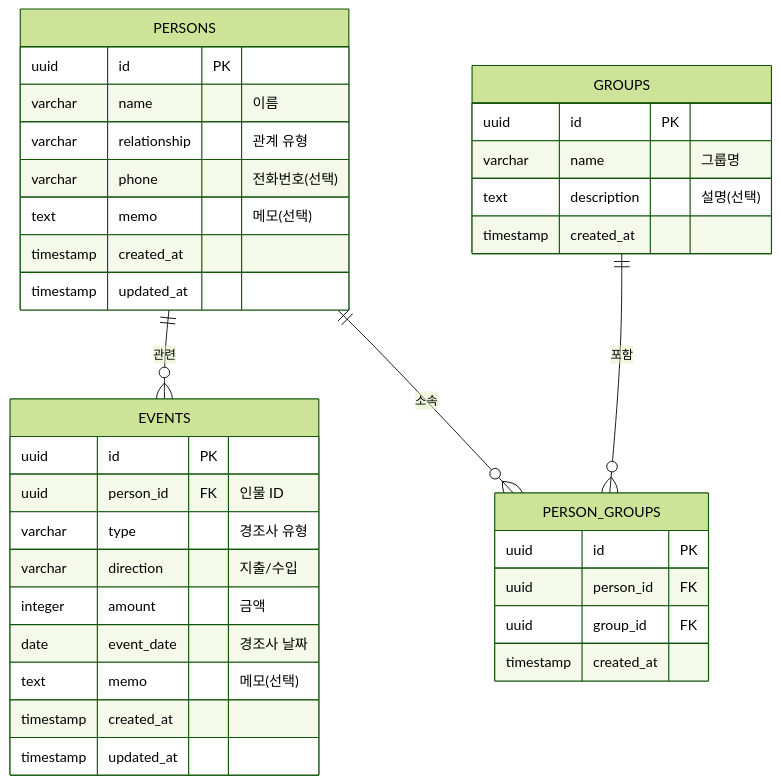
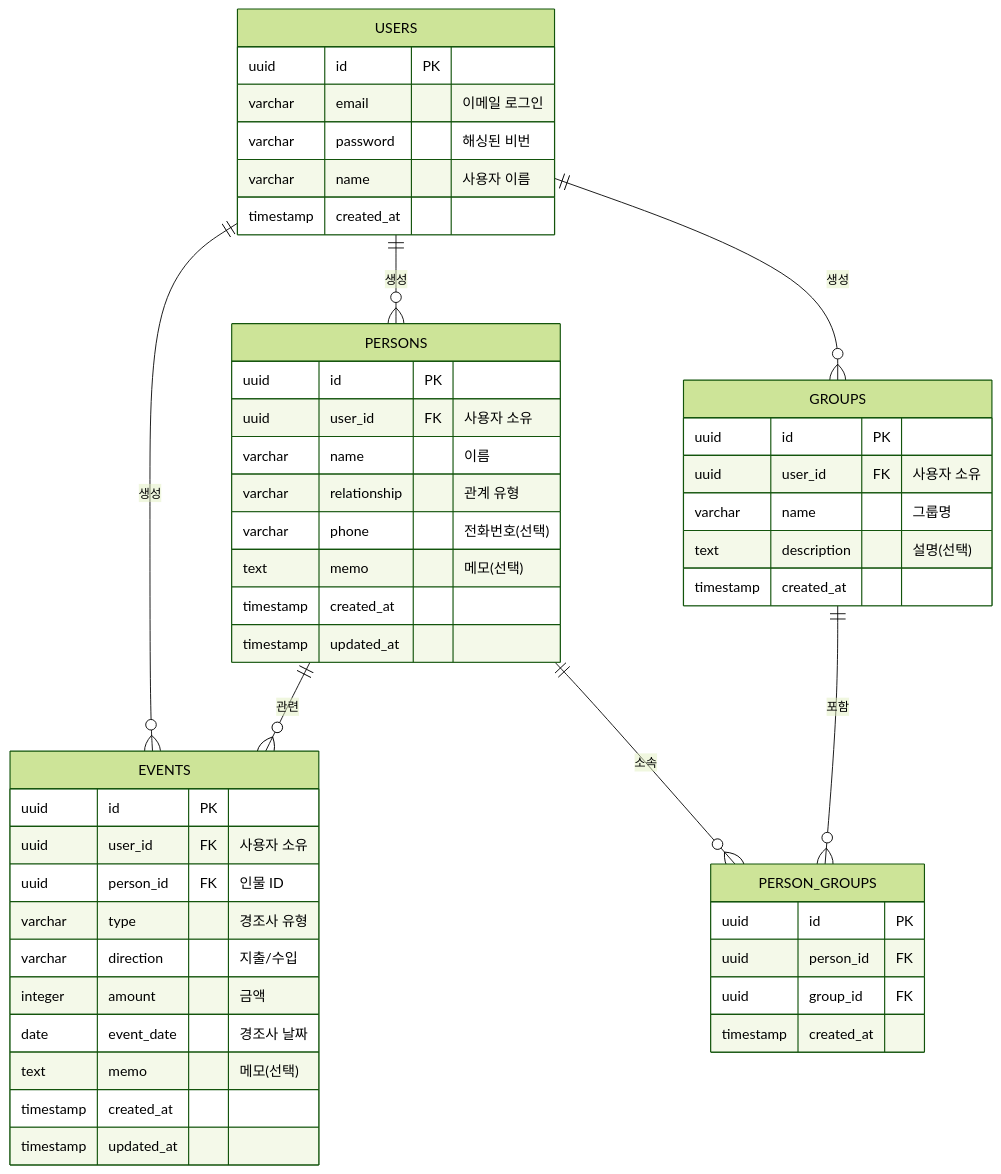
One commit to soms8020/cmoneyBook changed the diagram in docs/03_DataModel.md. Above: the diagram before and after it, drawn with Mermaid (forest theme). The commit also changed other lines of this file and 32 other files, not shown here.

````diff
--- a/docs/03_DataModel.md
+++ b/docs/03_DataModel.md
@@ -8,42 +8,56 @@
 ```mermaid
 erDiagram
+    USERS ||--o{ PERSONS : "생성"
+    USERS ||--o{ EVENTS : "생성"
+    USERS ||--o{ GROUPS : "생성"
     PERSONS ||--o{ EVENTS : "관련"
     PERSONS ||--o{ PERSON_GROUPS : "소속"
     GROUPS ||--o{ PERSON_GROUPS : "포함"
 
+    USERS {
+        uuid id PK
+        varchar email "이메일 로그인"
+        varchar password "해싱된 비번"
+        varchar name "사용자 이름"
+        timestamp created_at
+    }
+
     PERSONS {
         uuid id PK
+        uuid user_id FK "사용자 소유"
         varchar name "이름"
         varchar relationship "관계 유형"
         varchar phone "전화번호(선택)"
         text memo "메모(선택)"
         timestamp created_at
         timestamp updated_at
     }
 
     EVENTS {
         uuid id PK
+        uuid user_id FK "사용자 소유"
         uuid person_id FK "인물 ID"
         varchar type "경조사 유형"
         varchar direction "지출/수입"
         integer amount "금액"
         date event_date "경조사 날짜"
         text memo "메모(선택)"
         timestamp created_at
         timestamp updated_at
     }
 
     GROUPS {
         uuid id PK
+        uuid user_id FK "사용자 소유"
         varchar name "그룹명"
         text description "설명(선택)"
         timestamp created_at
     }
 
     PERSON_GROUPS {
         uuid id PK
         uuid person_id FK
         uuid group_id FK
         timestamp created_at
     }
 ```
````
